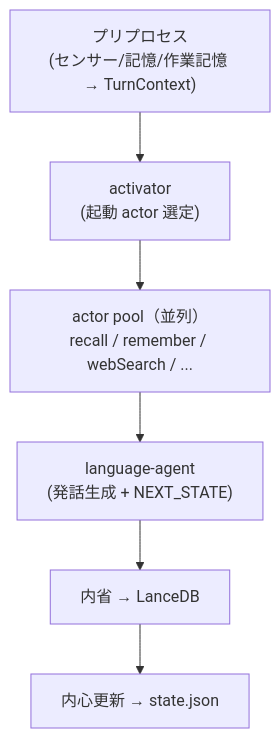
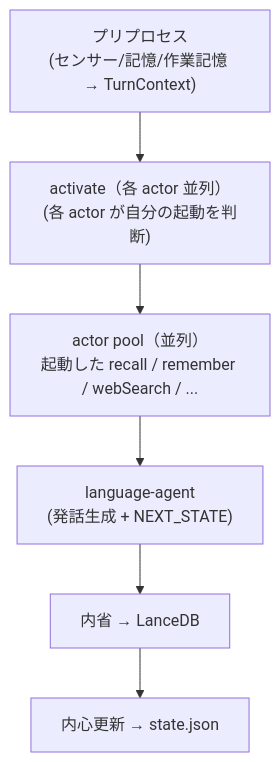
The diagram in docs/ACTION-DESIGN.md (haruneko/local-bot), drawn with Mermaid before and after one commit. The commit also changed other lines of this file and 50 other files, not shown here.

````diff
--- a/docs/ACTION-DESIGN.md
+++ b/docs/ACTION-DESIGN.md
@@ -33,8 +33,8 @@
 ```mermaid
 flowchart TD
-    Input["プリプロセス<br/>(センサー/記憶/作業記憶 → TurnContext)"] --> Act["activator<br/>(起動 actor 選定)"]
-    Act --> Pool["actor pool（並列）<br/>recall / remember / webSearch / ..."]
+    Input["プリプロセス<br/>(センサー/記憶/作業記憶 → TurnContext)"] --> Act["activate（各 actor 並列）<br/>(各 actor が自分の起動を判断)"]
+    Act --> Pool["actor pool（並列）<br/>起動した recall / remember / webSearch / ..."]
     Pool --> Lang["language-agent<br/>(発話生成 + NEXT_STATE)"]
     Lang --> Intro["内省 → LanceDB"]
     Intro --> Inner["内心更新 → state.json"]
 ```
````
